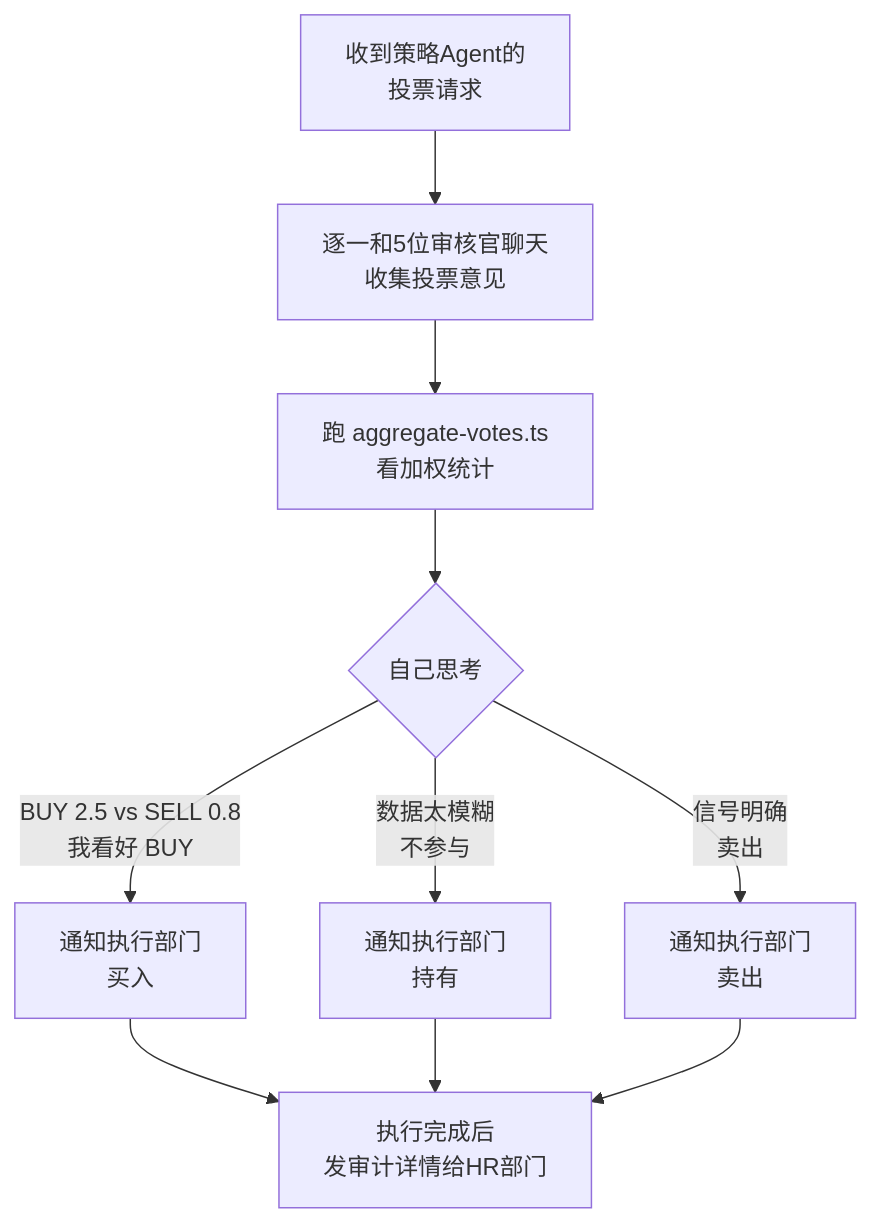
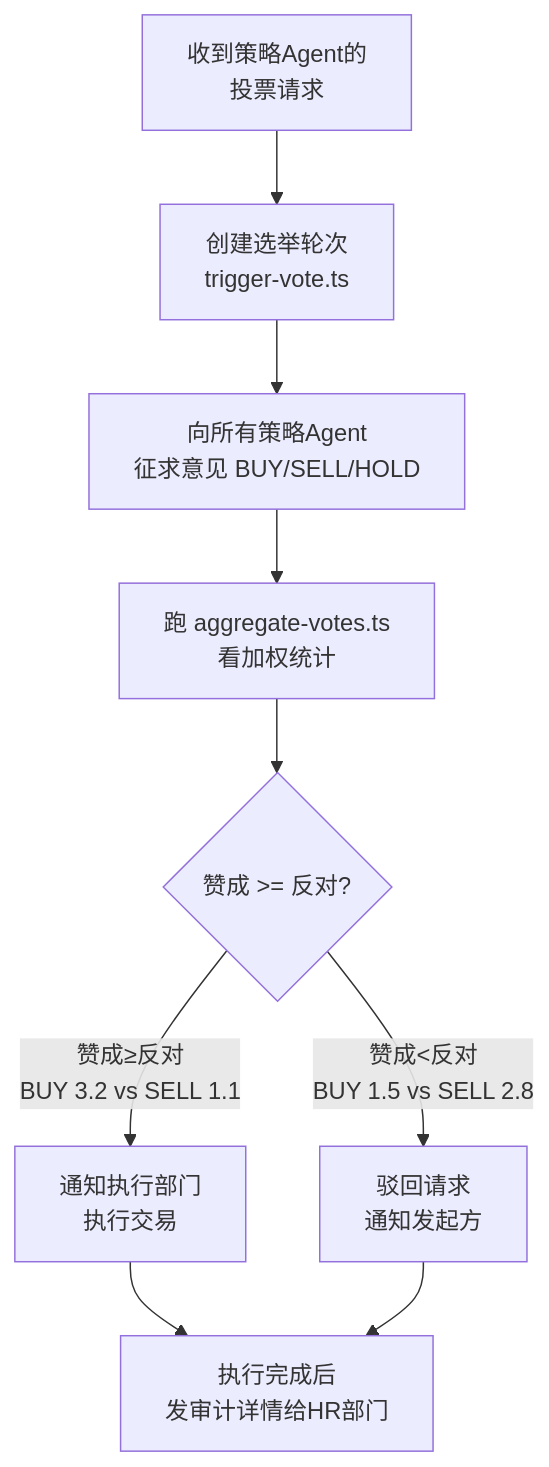
One commit to fantian007/hermes-trading-system changed the second of 5 diagrams in docs/architecture.md. Above: the diagram before and after it, drawn with Mermaid. The commit also changed other lines of this file and 8 other files, not shown here.

````diff
--- a/docs/architecture.md
+++ b/docs/architecture.md
@@ -171,12 +176,11 @@
 ```mermaid
 flowchart TB
-    START[收到策略Agent的<br/>投票请求] --> CHAT[逐一和5位审核官聊天<br/>收集投票意见]
-    CHAT --> STATS[跑 aggregate-votes.ts<br/>看加权统计]
-    STATS --> JUDGE{自己思考}
-    JUDGE -->|"BUY 2.5 vs SELL 0.8<br/>我看好 BUY"| BUY[通知执行部门<br/>买入]
-    JUDGE -->|"数据太模糊<br/>不参与"| HOLD[通知执行部门<br/>持有]
-    JUDGE -->|"信号明确<br/>卖出"| SELL[通知执行部门<br/>卖出]
-    BUY --> DONE[执行完成后<br/>发审计详情给HR部门]
-    HOLD --> DONE
-    SELL --> DONE
+    START[收到策略Agent的<br/>投票请求] --> CREATE[创建选举轮次<br/>trigger-vote.ts]
+    CREATE --> POLL[向所有策略Agent<br/>征求意见 BUY/SELL/HOLD]
+    POLL --> STATS[跑 aggregate-votes.ts<br/>看加权统计]
+    STATS --> JUDGE{赞成 >= 反对?}
+    JUDGE -->|"赞成≥反对<br/>BUY 3.2 vs SELL 1.1"| PASS[通知执行部门<br/>执行交易]
+    JUDGE -->|"赞成<反对<br/>BUY 1.5 vs SELL 2.8"| REJECT[驳回请求<br/>通知发起方]
+    PASS --> DONE[执行完成后<br/>发审计详情给HR部门]
+    REJECT --> DONE
 ```
````
